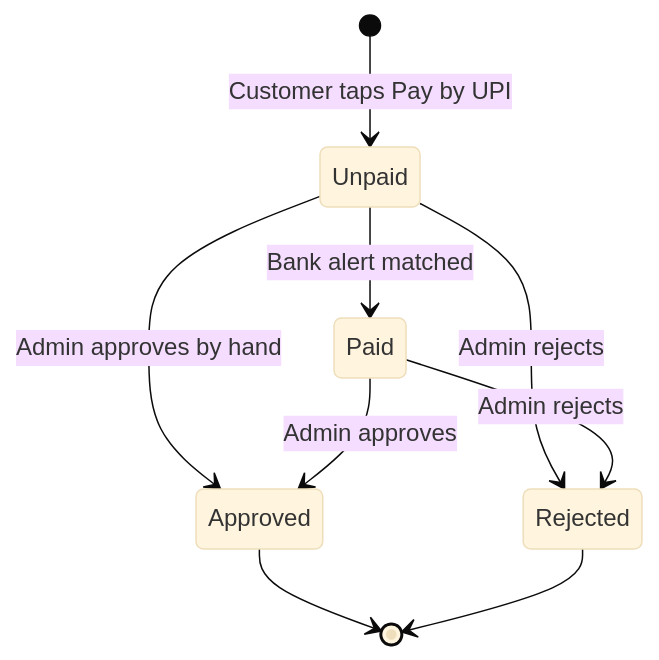
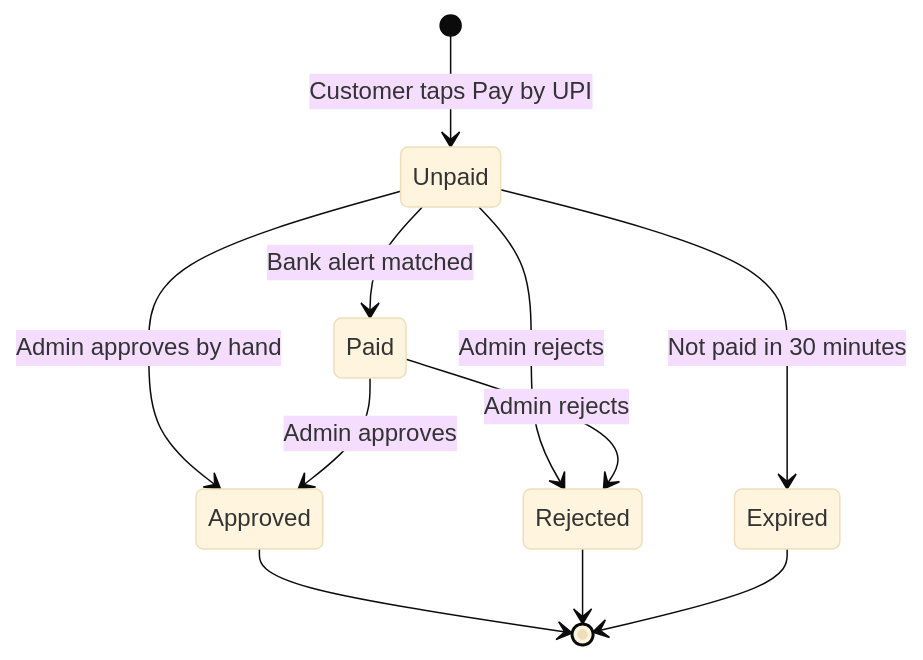
One commit to satyam-64136/My-store changed the fourth of 6 diagrams in README.md. Above: the diagram before and after it, drawn with Mermaid (base theme). The commit also changed other lines of this file and 2 other files, not shown here.

````diff
--- a/README.md
+++ b/README.md
@@ -110,11 +110,13 @@
 ```mermaid
 stateDiagram-v2
   [*] --> Unpaid: Customer taps Pay by UPI
   Unpaid --> Paid: Bank alert matched
+  Unpaid --> Expired: Not paid in 30 minutes
   Unpaid --> Approved: Admin approves by hand
   Paid --> Approved: Admin approves
   Unpaid --> Rejected: Admin rejects
   Paid --> Rejected: Admin rejects
   Approved --> [*]
   Rejected --> [*]
+  Expired --> [*]
 ```
````
